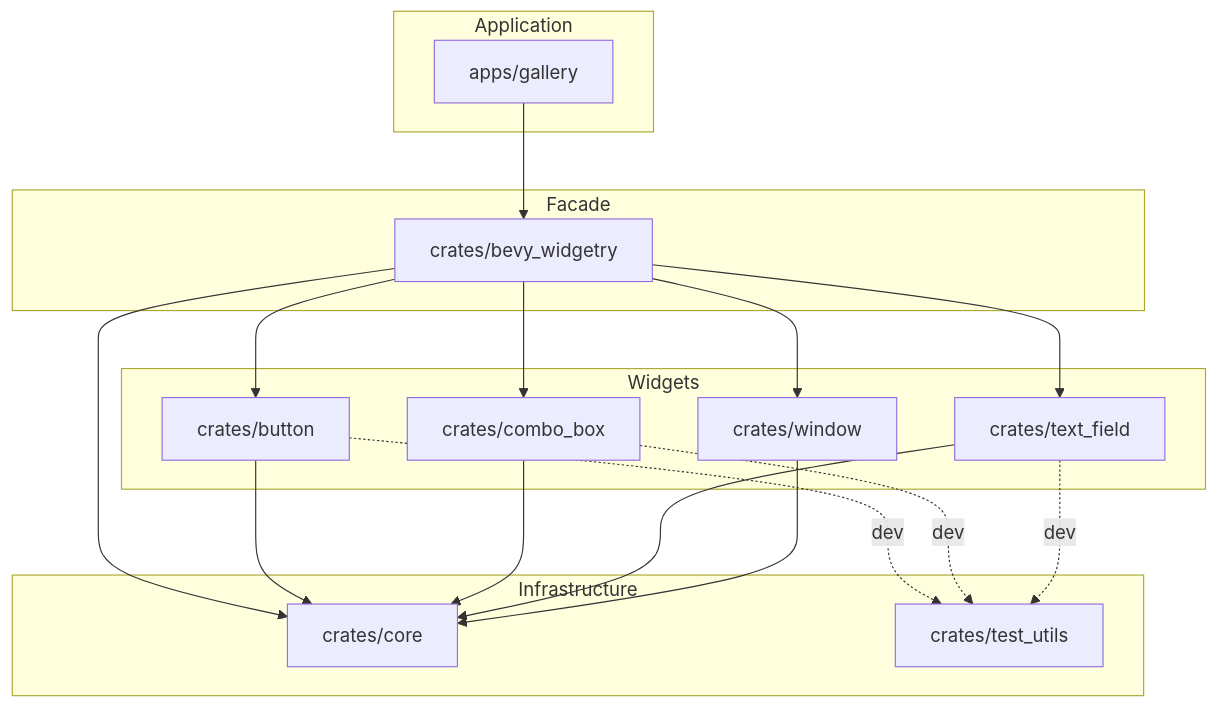
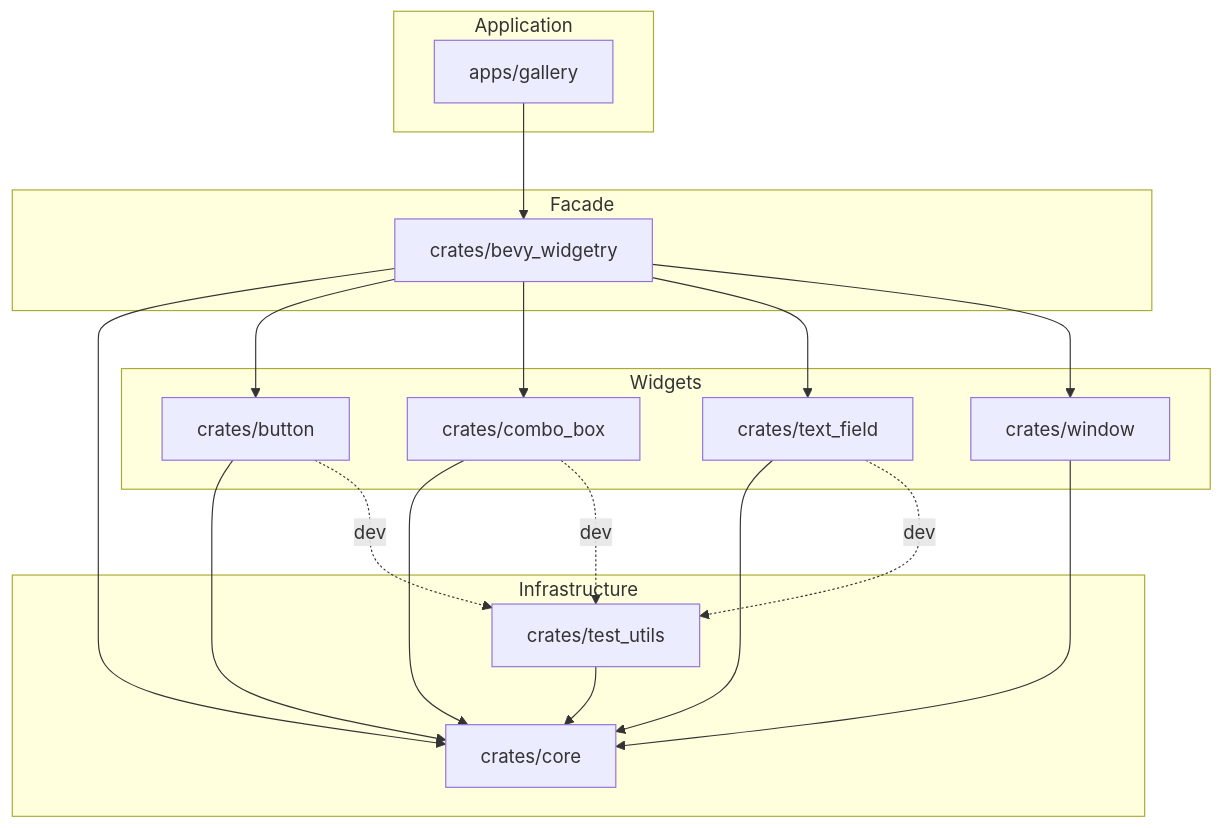
One commit to slc90/bevy_widgetry changed the diagram in docs/architecture.md. Above: the diagram before and after it, drawn with Mermaid. The commit also changed other lines of this file and 44 other files, not shown here.

````diff
--- a/docs/architecture.md
+++ b/docs/architecture.md
@@ -64,39 +66,41 @@
 ```mermaid
 flowchart TD
     subgraph Application
         gallery["apps/gallery"]
     end
 
     subgraph Facade
         widgetry["crates/bevy_widgetry"]
     end
 
     subgraph Widgets
         button["crates/button"]
         combo_box["crates/combo_box"]
         text_field["crates/text_field"]
         window["crates/window"]
     end
 
     subgraph Infrastructure
         core["crates/core"]
         test_utils["crates/test_utils"]
     end
 
     gallery --> widgetry
 
     widgetry --> core
     widgetry --> button
     widgetry --> combo_box
     widgetry --> text_field
     widgetry --> window
 
     button --> core
     combo_box --> core
     text_field --> core
     window --> core
 
+    test_utils --> core
+
     button -. dev .-> test_utils
     combo_box -. dev .-> test_utils
     text_field -. dev .-> test_utils
 ```
````
